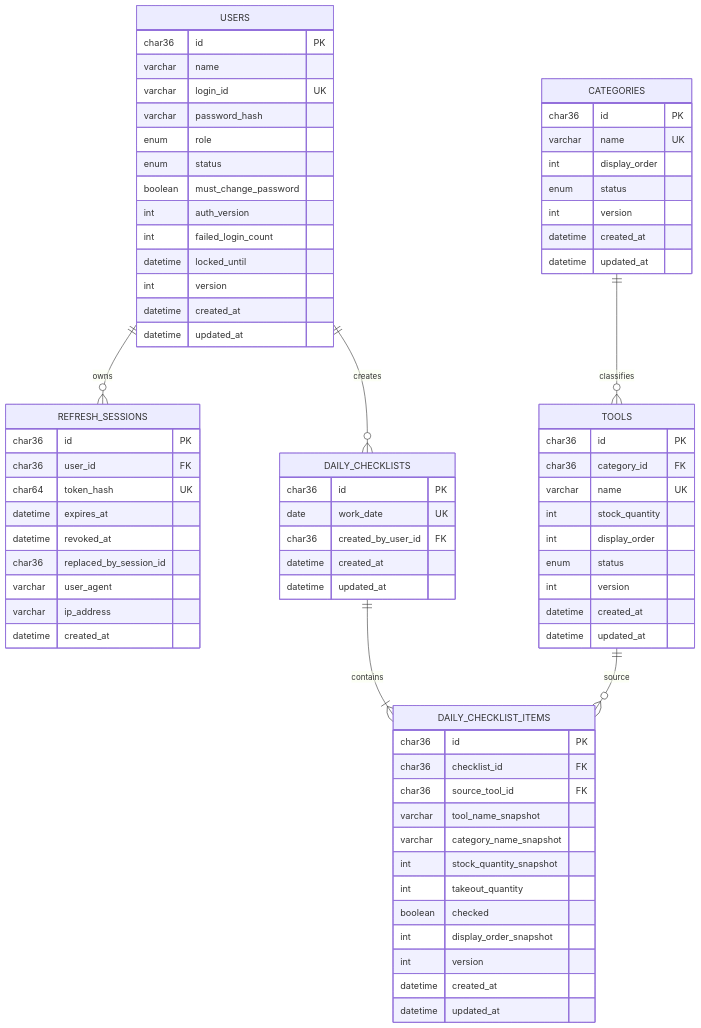
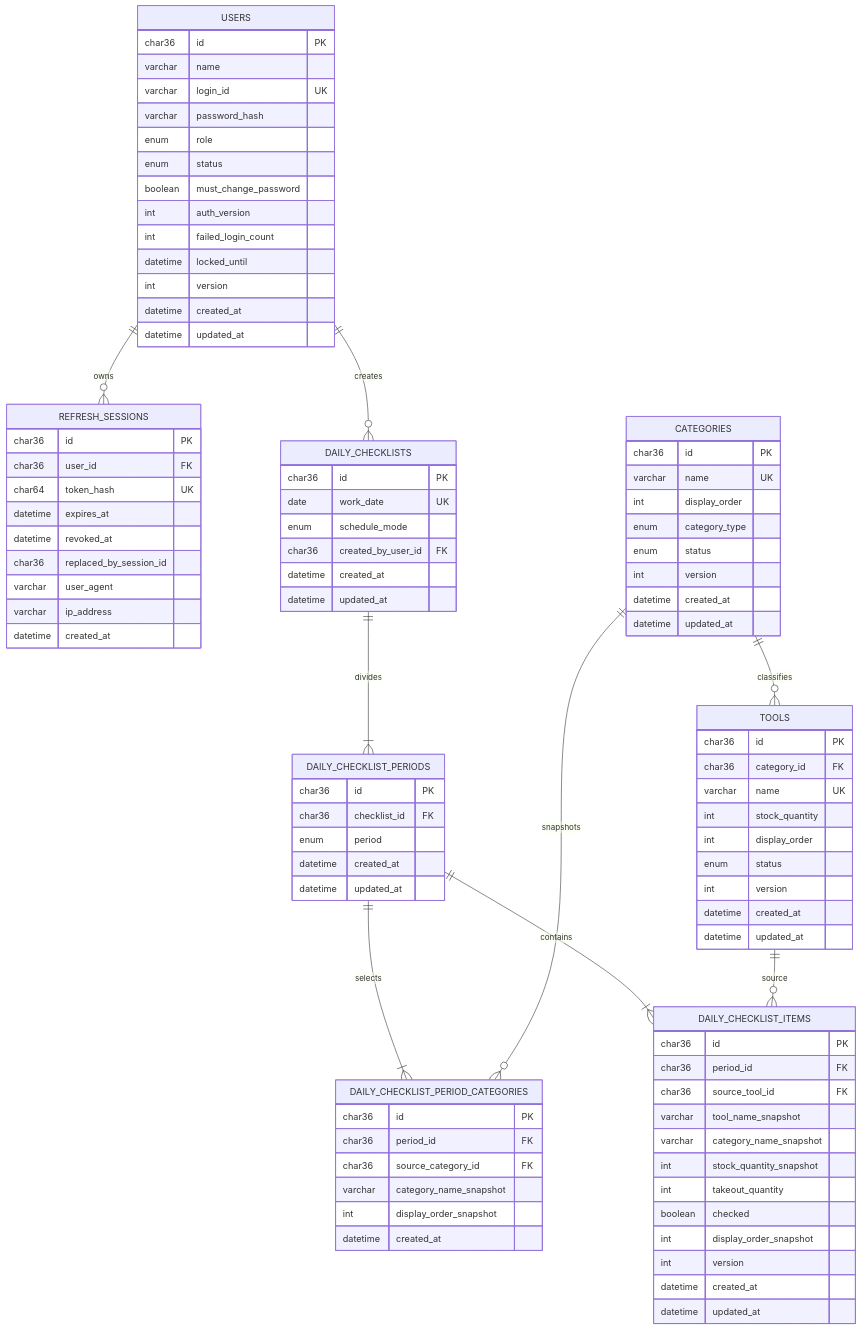
Before and after one commit to Hiroyuki-12/FieldFlow: the diagram in docs/design/database.md, drawn with Mermaid. The commit also changed other lines of this file and 14 other files, not shown here.

```diff
--- a/docs/design/database.md
+++ b/docs/design/database.md
@@ -14,7 +14,10 @@
     USERS ||--o{ REFRESH_SESSIONS : owns
     USERS ||--o{ DAILY_CHECKLISTS : creates
     CATEGORIES ||--o{ TOOLS : classifies
-    DAILY_CHECKLISTS ||--|{ DAILY_CHECKLIST_ITEMS : contains
+    DAILY_CHECKLISTS ||--|{ DAILY_CHECKLIST_PERIODS : divides
+    DAILY_CHECKLIST_PERIODS ||--|{ DAILY_CHECKLIST_PERIOD_CATEGORIES : selects
+    CATEGORIES ||--o{ DAILY_CHECKLIST_PERIOD_CATEGORIES : snapshots
+    DAILY_CHECKLIST_PERIODS ||--|{ DAILY_CHECKLIST_ITEMS : contains
     TOOLS ||--o{ DAILY_CHECKLIST_ITEMS : source
 
     USERS {
@@ -47,6 +50,7 @@
       char36 id PK
       varchar name UK
       int display_order
+      enum category_type
       enum status
       int version
       datetime created_at
@@ -66,13 +70,29 @@
     DAILY_CHECKLISTS {
       char36 id PK
       date work_date UK
+      enum schedule_mode
       char36 created_by_user_id FK
       datetime created_at
       datetime updated_at
     }
+    DAILY_CHECKLIST_PERIODS {
+      char36 id PK
+      char36 checklist_id FK
+      enum period
+      datetime created_at
+      datetime updated_at
+    }
+    DAILY_CHECKLIST_PERIOD_CATEGORIES {
+      char36 id PK
+      char36 period_id FK
+      char36 source_category_id FK
+      varchar category_name_snapshot
+      int display_order_snapshot
+      datetime created_at
+    }
     DAILY_CHECKLIST_ITEMS {
       char36 id PK
-      char36 checklist_id FK
+      char36 period_id FK
       char36 source_tool_id FK
       varchar tool_name_snapshot
       varchar category_name_snapshot
```
